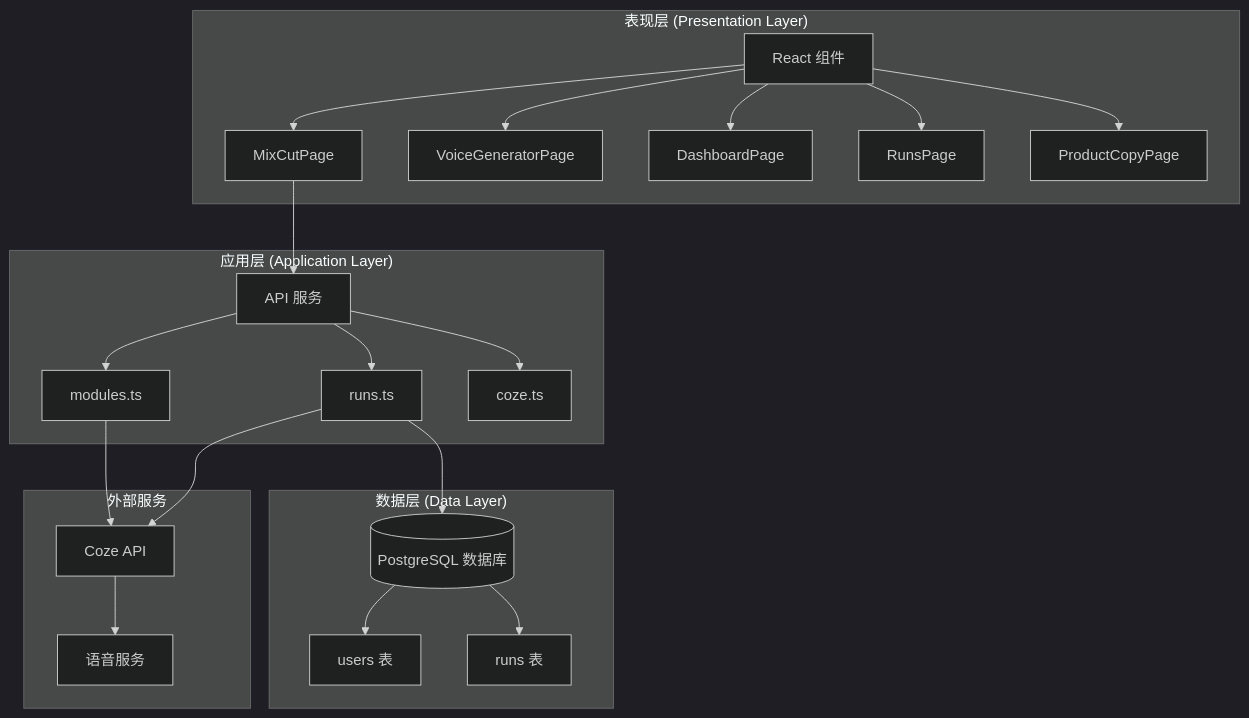
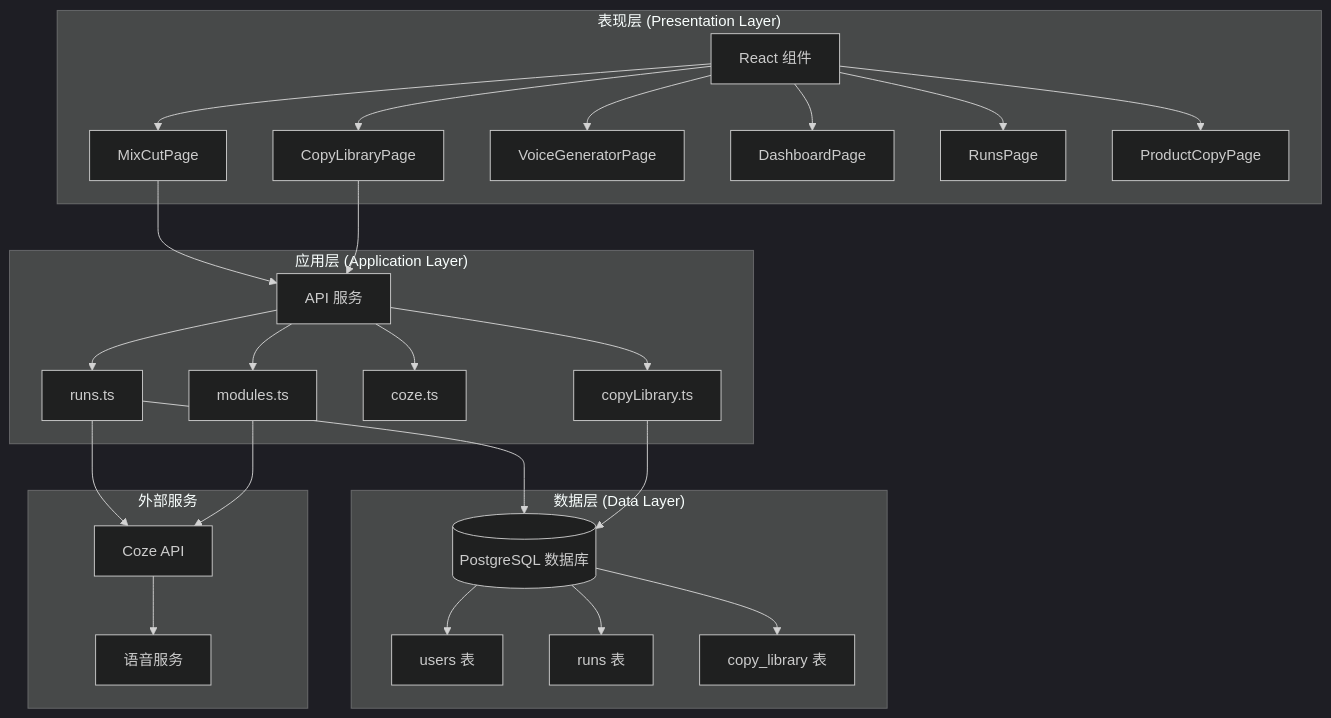
The second of 13 diagrams in .qoder/repowiki/zh/content/前端组件架构/页面组件/混剪功能页面.md (hanksd769-droid/sailshub), drawn with Mermaid (dark theme) before and after one commit. The commit also changed other lines of this file and 6 other files, not shown here.

````diff
--- a/.qoder/repowiki/zh/content/前端组件架构/页面组件/混剪功能页面.md
+++ b/.qoder/repowiki/zh/content/前端组件架构/页面组件/混剪功能页面.md
@@ -150,28 +182,33 @@
 ```mermaid
 graph TB
 subgraph "表现层 (Presentation Layer)"
 UI[React 组件] --> MP[MixCutPage]
+UI --> CLP[CopyLibraryPage]
 UI --> VP[VoiceGeneratorPage]
 UI --> DP[DashboardPage]
 UI --> RP[RunsPage]
 UI --> PCP[ProductCopyPage]
 end
 subgraph "应用层 (Application Layer)"
 API[API 服务] --> RS[runs.ts]
 API --> MS[modules.ts]
 API --> CS[coze.ts]
+API --> CLS[copyLibrary.ts]
 end
 subgraph "数据层 (Data Layer)"
 DB[(PostgreSQL 数据库)] --> U[users 表]
 DB --> R[runs 表]
+DB --> CL[copy_library 表]
 end
 subgraph "外部服务"
 COZE[Coze API]
 VOICE[语音服务]
 end
 MP --> API
+CLP --> API
 RS --> COZE
 RS --> DB
+CLS --> DB
 MS --> COZE
 COZE --> VOICE
 ```
````
